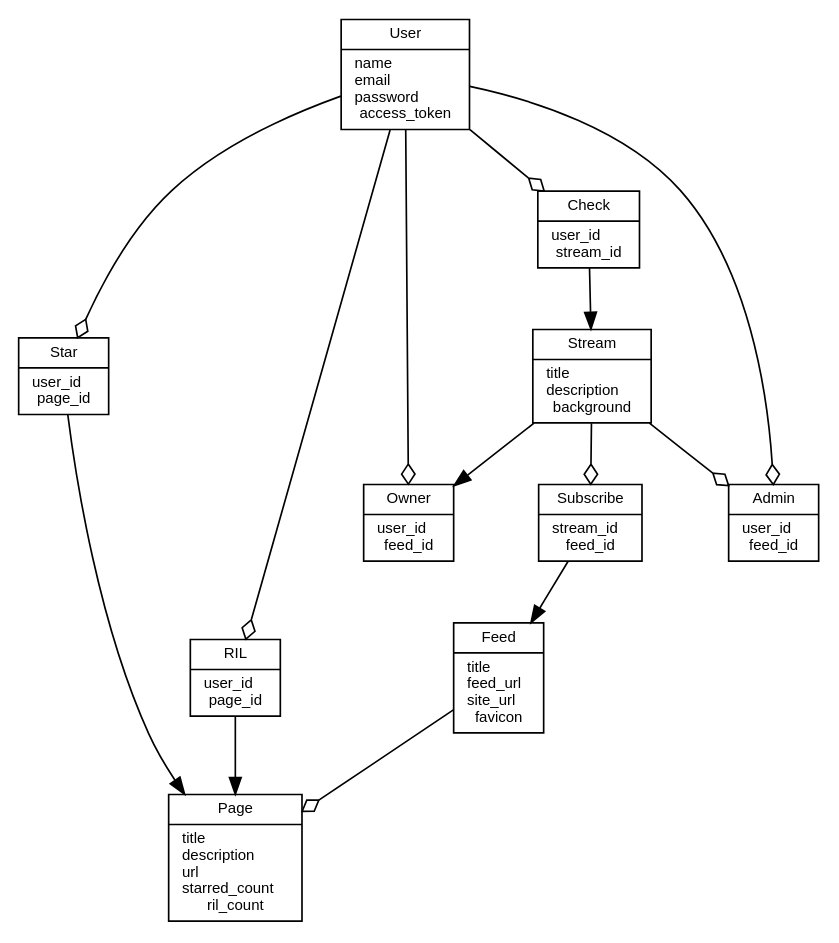
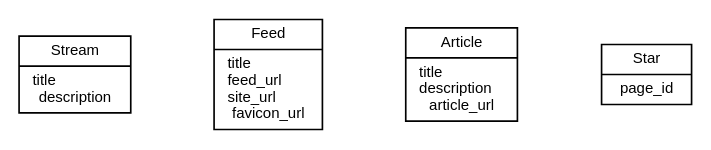
Before and after one commit to nikezono/unific: the diagram in docs/class_diagram.dot, drawn with Graphviz. The commit also changed 9 other files, not shown here.

```diff
--- a/docs/class_diagram.dot
+++ b/docs/class_diagram.dot
@@ -1,46 +1,56 @@
 digraph unific {
+
+  /*
+
+  unificクラス図
+  v1.0~2.0
+  @note ユーザ系のスキーマをコメントアウト
+
+  */
+
 
   // Dot言語設定
   graph [nodesep = 0.7];
   node [shape = record, height = 0.01,
         fontname = "Helvetica", fontsize = 9];
   edge [arrowtail = onormal, arrowhead = none];
 
   // モデル
-  Stream [label = "{Stream|title\ldescription\lbackground}"];
-  Feed   [label = "{Feed|title\lfeed_url\lsite_url\lfavicon}"];
-  Page   [label = "{Page|title\ldescription\lurl\lstarred_count\lril_count}"];
-  User   [label = "{User|name\lemail\lpassword\laccess_token}"];
-  
+  Stream    [label = "{Stream|title\ldescription}"];
+  Feed      [label = "{Feed|title\lfeed_url\lsite_url\lfavicon_url}"];
+  Article   [label = "{Article|title\ldescription\larticle_url}"];
+
+  // User   [label = "{User|name\lemail\lpassword\laccess_token}"];
+
   //中間モデル
-  Star   [label = "{Star|user_id\lpage_id}"]
-  RIL    [label = "{RIL|user_id\lpage_id}"]
-  Owner  [label = "{Owner|user_id\lfeed_id}"]
-  Admin  [label = "{Admin|user_id\lfeed_id}"]
-  Check  [label = "{Check|user_id\lstream_id}"]
-  Subscribe [label = "{Subscribe|stream_id\lfeed_id}"]
-  
+  Star   [label = "{Star|page_id}"]
+  // RIL    [label = "{RIL|user_id\lpage_id}"]
+  // Owner  [label = "{Owner|user_id\lfeed_id}"]
+  // Admin  [label = "{Admin|user_id\lfeed_id}"]
+  // Check  [label = "{Check|user_id\lstream_id}"]
+  // Subscribe [label = "{Subscribe|stream_id\lfeed_id}"]
+
   // リレーション
-
+  /*
   Stream -> Subscribe[arrowhead=odiamond];
   Subscribe -> Feed[arrowhead=normal];
 
   Feed -> Page[arrowhead=odiamond];
 
   Stream -> Owner[arrowhead=normal];
   User   -> Owner[arrowhead=odiamond];
 
   Stream -> Admin[arrowhead=odiamond];
   User   -> Admin[arrowhead=odiamond];
 
   Check -> Stream[arrowhead=normal];
   User -> Check[arrowhead=odiamond];
 
   User -> Star[arrowhead=odiamond];
   Star -> Page[arrowhead=normal];
 
   User -> RIL[arrowhead=odiamond];
   RIL -> Page[arrowhead=normal];
-
+  */
 
 }
```
